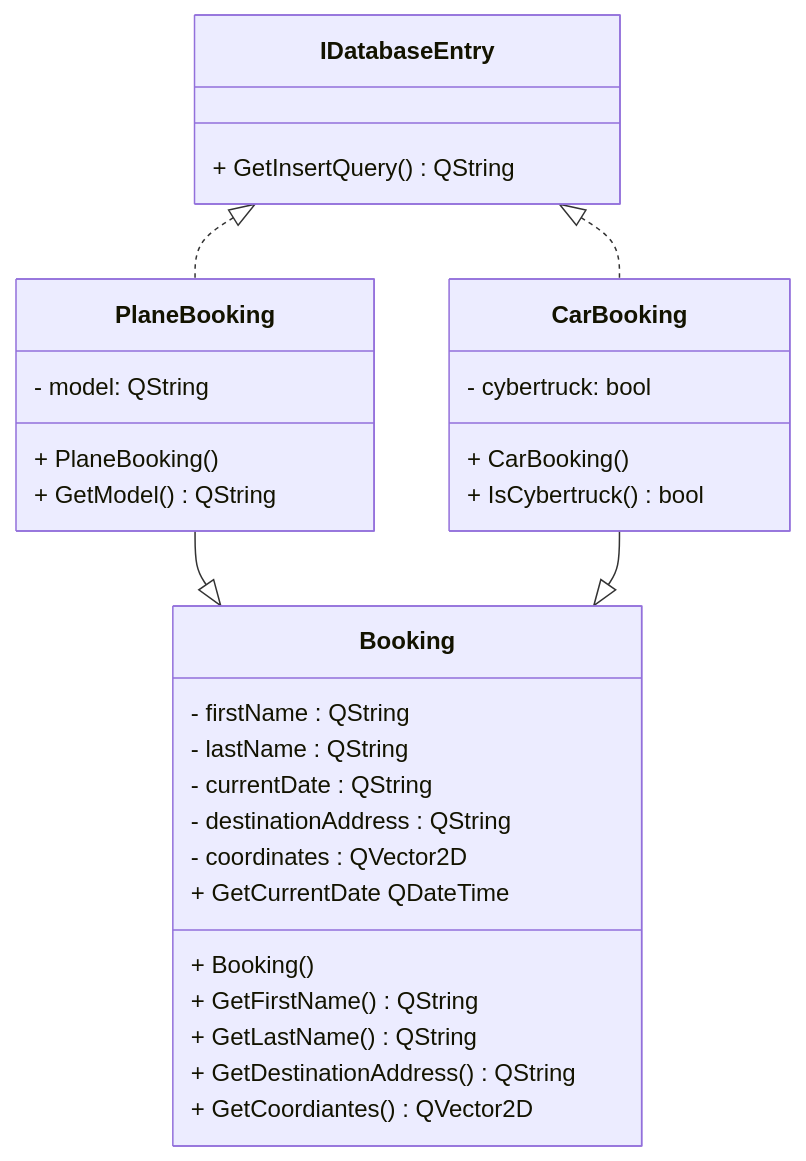
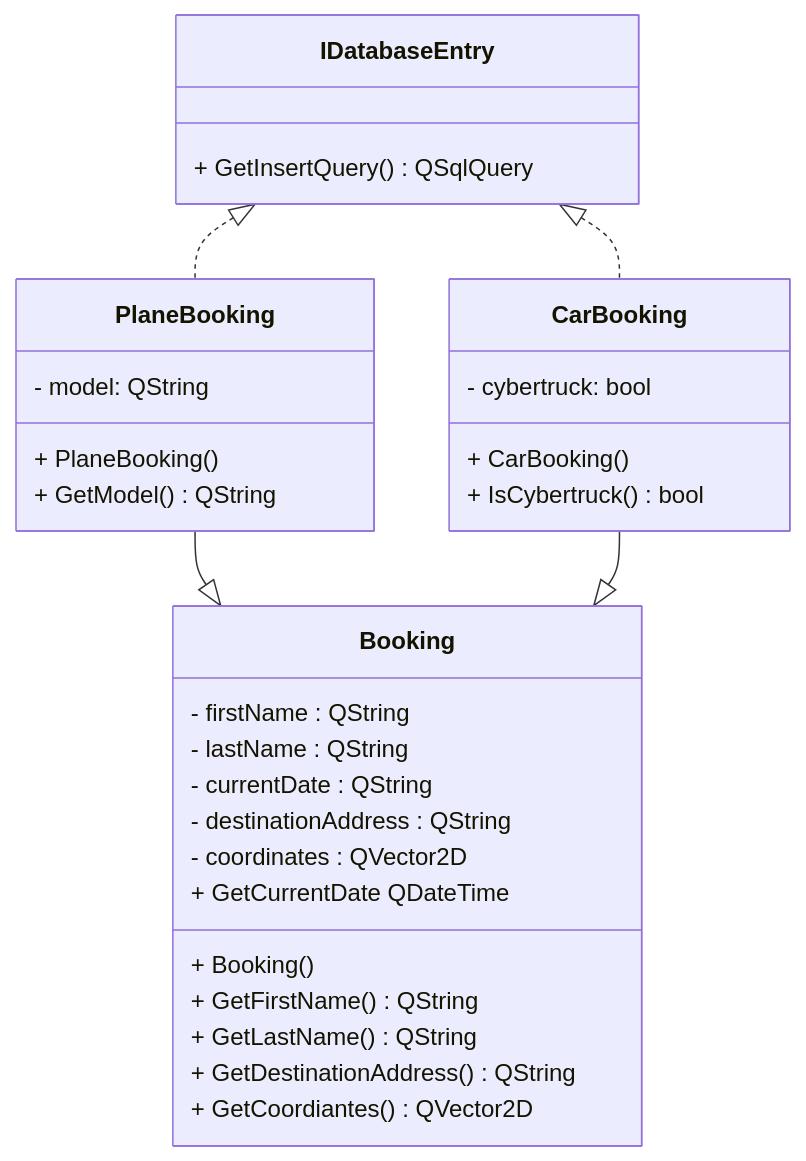
Before and after one commit to SUP3RBOB/project4_section1_group4: the first of 3 diagrams in README.md, drawn with Mermaid. The commit also changed other lines of this file, not shown here.

````diff
--- a/README.md
+++ b/README.md
@@ -11,37 +12,37 @@
 ```mermaid
     classDiagram
         class Booking {
             + Booking()
             - firstName : QString
             - lastName : QString
             - currentDate : QString
             - destinationAddress : QString
             - coordinates : QVector2D
             + GetFirstName() QString
             + GetLastName() QString
             + GetCurrentDate QDateTime
             + GetDestinationAddress() QString
             + GetCoordiantes() QVector2D
         }
 
         class CarBooking {
             + CarBooking()
             - cybertruck: bool
             + IsCybertruck() bool
         }
 
         class PlaneBooking {
             + PlaneBooking()
             - model: QString
             + GetModel() QString
         }
 
         class IDatabaseEntry {
-            + GetInsertQuery() QString
+            + GetInsertQuery() QSqlQuery
         }
 
         PlaneBooking--|>Booking
         CarBooking--|>Booking
         IDatabaseEntry <|.. PlaneBooking
         IDatabaseEntry <|.. CarBooking
 ```
````
